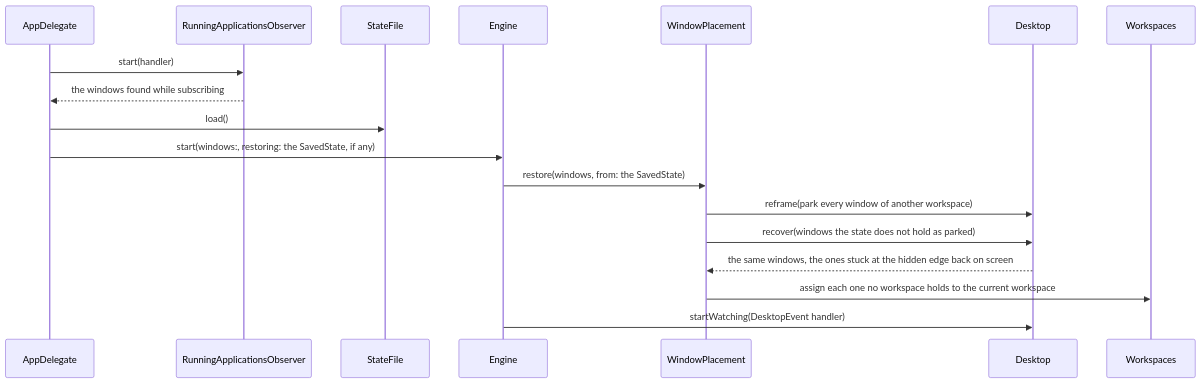
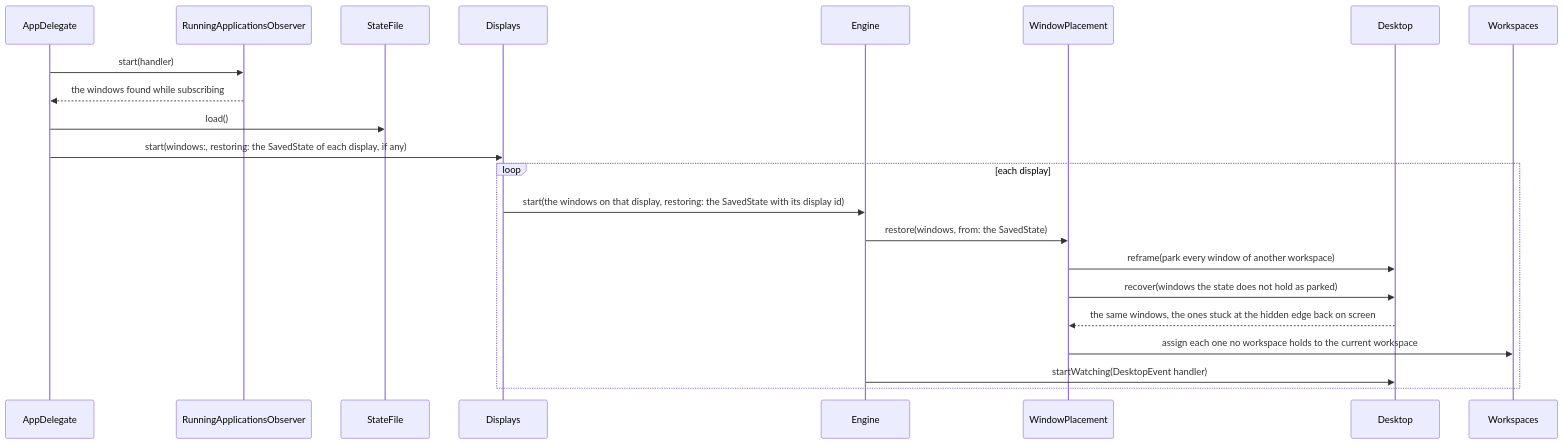
Before and after one commit to brennovich/ottowm: the tenth of 26 diagrams in ARCHITECTURE.md, drawn with Mermaid. The commit also changed other lines of this file and 1 other file, not shown here.

First line of the commit message:
Document one engine and one Pager per display

````diff
--- a/ARCHITECTURE.md
+++ b/ARCHITECTURE.md
@@ -242,13 +276,16 @@
 ```mermaid
 sequenceDiagram
     AppDelegate->>RunningApplicationsObserver: start(handler)
     RunningApplicationsObserver-->>AppDelegate: the windows found while subscribing
     AppDelegate->>StateFile: load()
-    AppDelegate->>Engine: start(windows:, restoring: the SavedState, if any)
-    Engine->>WindowPlacement: restore(windows, from: the SavedState)
-    WindowPlacement->>Desktop: reframe(park every window of another workspace)
-    WindowPlacement->>Desktop: recover(windows the state does not hold as parked)
-    Desktop-->>WindowPlacement: the same windows, the ones stuck at the hidden edge back on screen
-    WindowPlacement->>Workspaces: assign each one no workspace holds to the current workspace
-    Engine->>Desktop: startWatching(DesktopEvent handler)
+    AppDelegate->>Displays: start(windows:, restoring: the SavedState of each display, if any)
+    loop each display
+        Displays->>Engine: start(the windows on that display, restoring: the SavedState with its display id)
+        Engine->>WindowPlacement: restore(windows, from: the SavedState)
+        WindowPlacement->>Desktop: reframe(park every window of another workspace)
+        WindowPlacement->>Desktop: recover(windows the state does not hold as parked)
+        Desktop-->>WindowPlacement: the same windows, the ones stuck at the hidden edge back on screen
+        WindowPlacement->>Workspaces: assign each one no workspace holds to the current workspace
+        Engine->>Desktop: startWatching(DesktopEvent handler)
+    end
 ```
````
